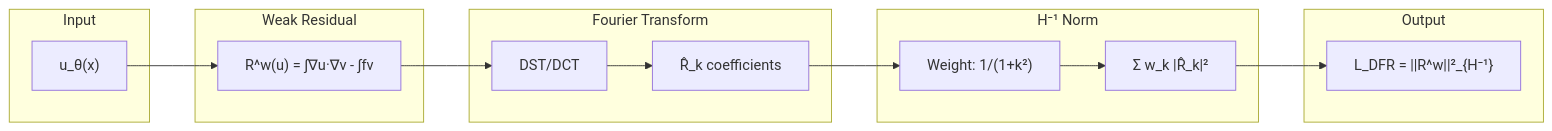
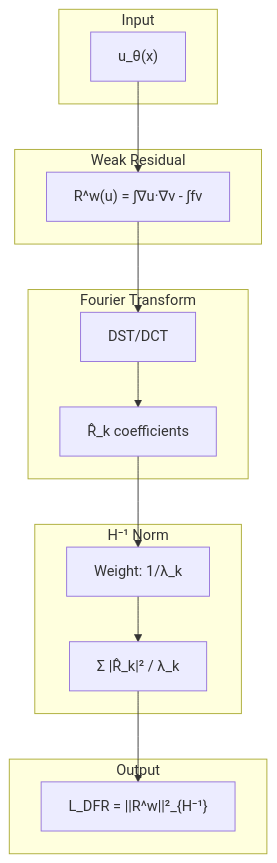
One commit to caverac/hp-dfr changed the diagram in packages/docs/docs/theory/dfr.md. Above: the diagram before and after it, drawn with Mermaid. The commit also changed other lines of this file and 2 other files, not shown here.

````diff
--- a/packages/docs/docs/theory/dfr.md
+++ b/packages/docs/docs/theory/dfr.md
@@ -74,26 +80,26 @@
 ```mermaid
-flowchart LR
+flowchart TB
     subgraph Input
         U["u_θ(x)"]
     end
 
     subgraph WeakForm["Weak Residual"]
         R["R^w(u) = ∫∇u·∇v - ∫fv"]
     end
 
     subgraph Fourier["Fourier Transform"]
         DST["DST/DCT"]
         COEF["R̂_k coefficients"]
     end
 
     subgraph Norm["H⁻¹ Norm"]
-        W["Weight: 1/(1+k²)"]
-        SUM["Σ w_k |R̂_k|²"]
+        W["Weight: 1/λ_k"]
+        SUM["Σ |R̂_k|² / λ_k"]
     end
 
     subgraph Output
         L["L_DFR = ||R^w||²_{H⁻¹}"]
     end
 
     U --> R --> DST --> COEF --> W --> SUM --> L
 ```
````
